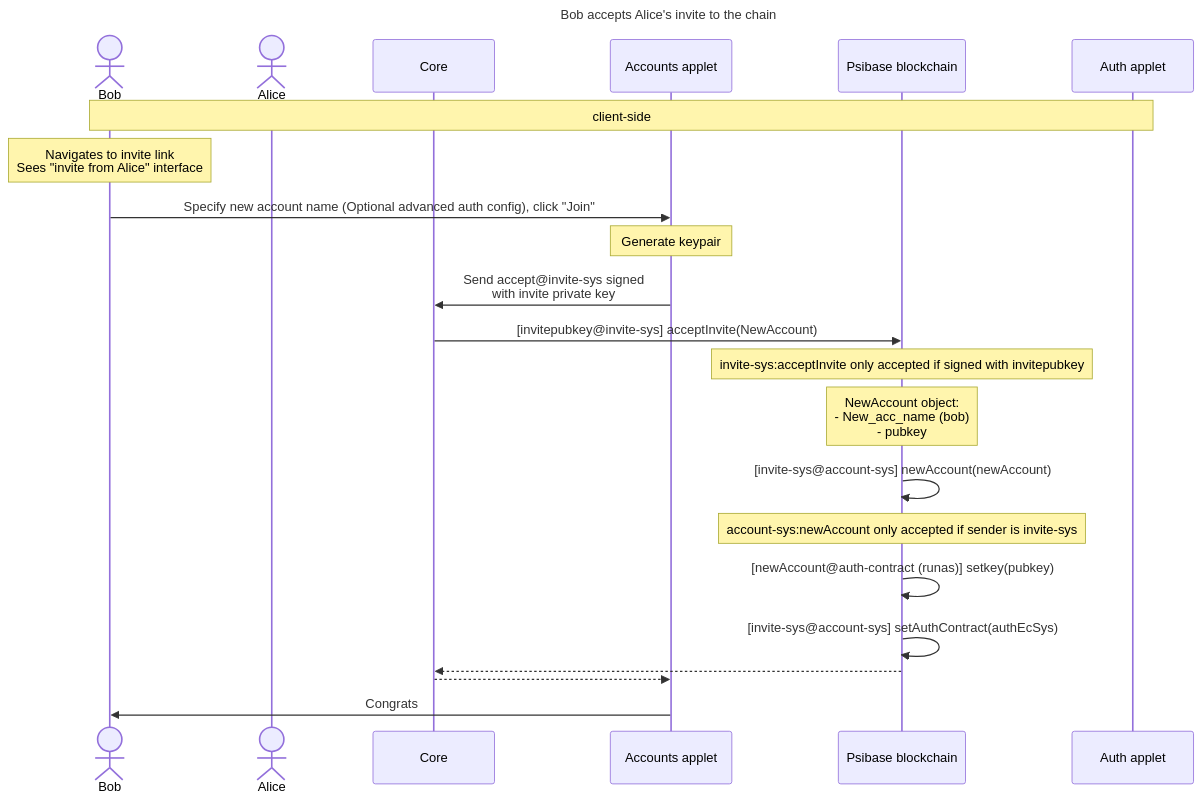
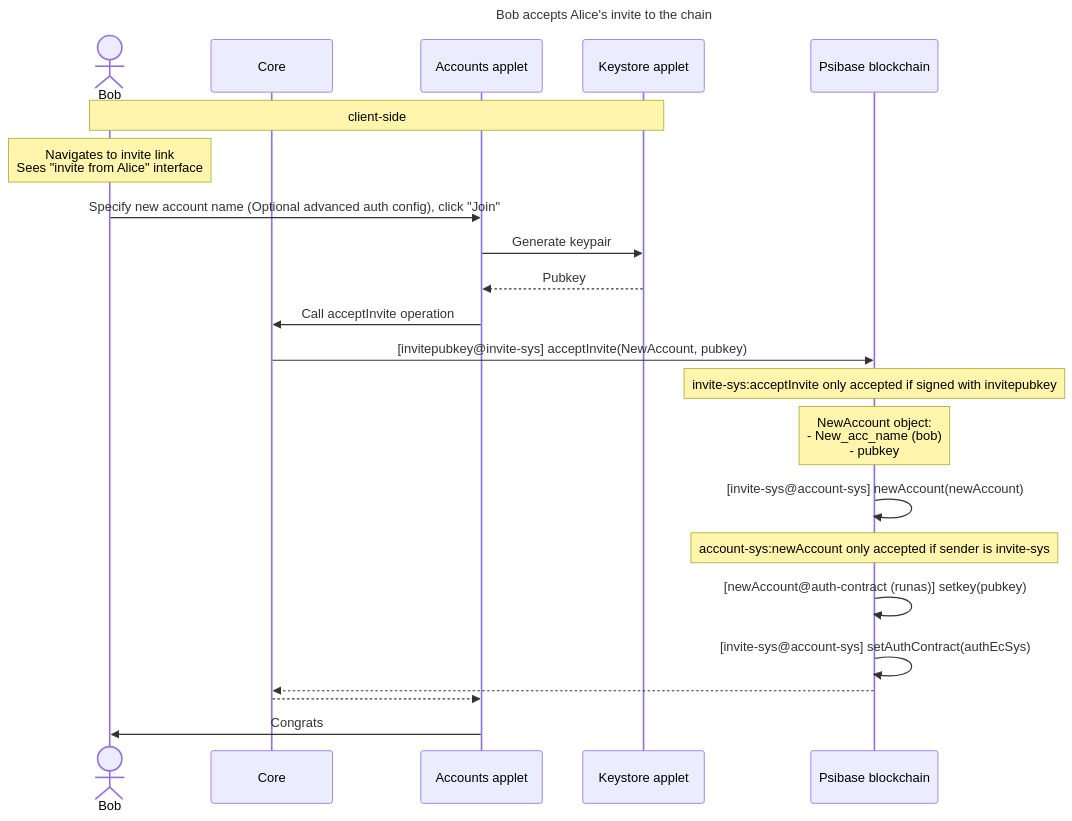
The second of 2 diagrams in doc/diagrams/invite-new-user.md (gofractally/psibase), drawn with Mermaid before and after one commit. The commit also changed other lines of this file and 6 other files, not shown here.

Commit message:
update sequence diagrams

````diff
--- a/doc/diagrams/invite-new-user.md
+++ b/doc/diagrams/invite-new-user.md
@@ -33,26 +33,27 @@
 ```mermaid
 sequenceDiagram
 
    title Bob accepts Alice's invite to the chain
    actor Bob
-   actor Alice
    participant Core
    participant Accounts applet
+   participant Keystore applet
    participant Psibase blockchain
-   note over Bob, Auth applet: client-side
+   note over Bob, Keystore applet: client-side
 
    Note over Bob: Navigates to invite link<br>Sees "invite from Alice" interface
    Bob->>Accounts applet: Specify new account name (Optional advanced auth config), click "Join"
-   Note over Accounts applet: Generate keypair
-   Accounts applet->>Core: Send accept@invite-sys signed<br>with invite private key
-   Core->>Psibase blockchain: [invitepubkey@invite-sys] acceptInvite(NewAccount)
+   Accounts applet->>Keystore applet: Generate keypair
+   Keystore applet-->>Accounts applet: Pubkey
+   Accounts applet->>Core: Call acceptInvite operation
+   Core->>Psibase blockchain: [invitepubkey@invite-sys] acceptInvite(NewAccount, pubkey)
    Note over Psibase blockchain: invite-sys:acceptInvite only accepted if signed with invitepubkey
    Note over Psibase blockchain: NewAccount object: <br>  - New_acc_name (bob)<br>  - pubkey
    Psibase blockchain->>Psibase blockchain: [invite-sys@account-sys] newAccount(newAccount)
    Note over Psibase blockchain: account-sys:newAccount only accepted if sender is invite-sys
    Psibase blockchain->>Psibase blockchain: [newAccount@auth-contract (runas)] setkey(pubkey)
    Psibase blockchain->>Psibase blockchain: [invite-sys@account-sys] setAuthContract(authEcSys)
    Psibase blockchain-->>Core: 
    Core-->>Accounts applet: 
    Accounts applet->>Bob: Congrats
 ```
````
